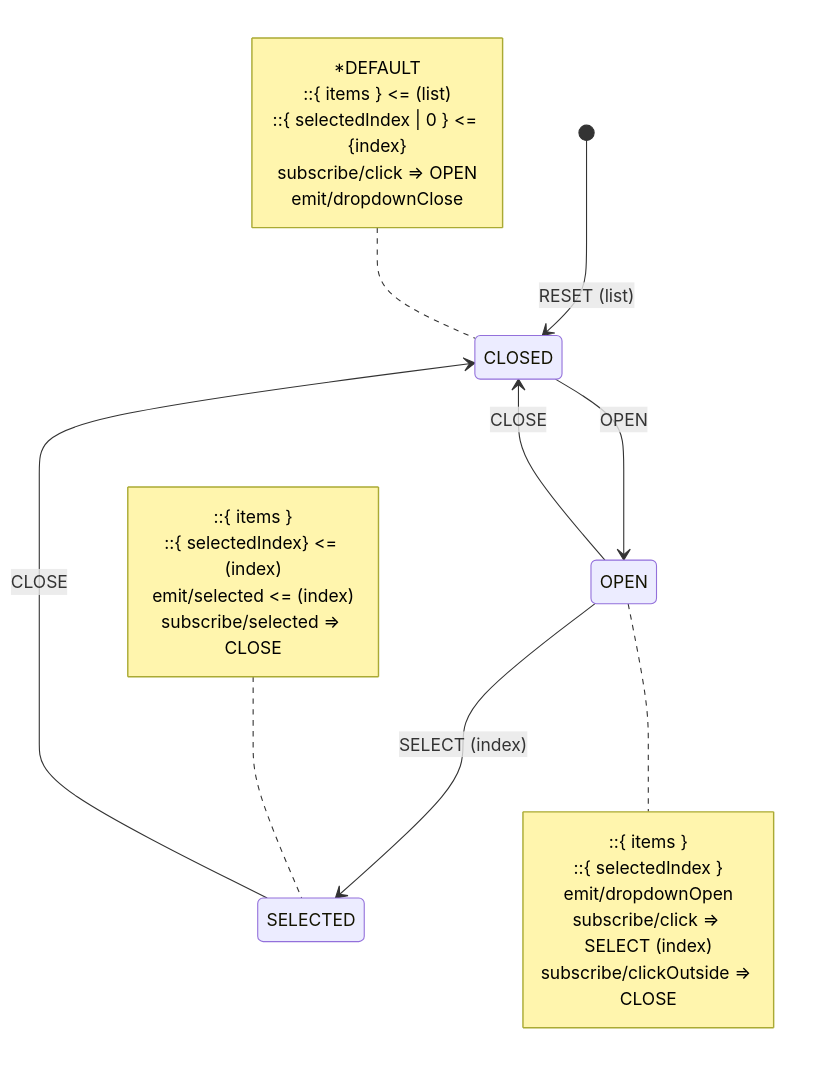
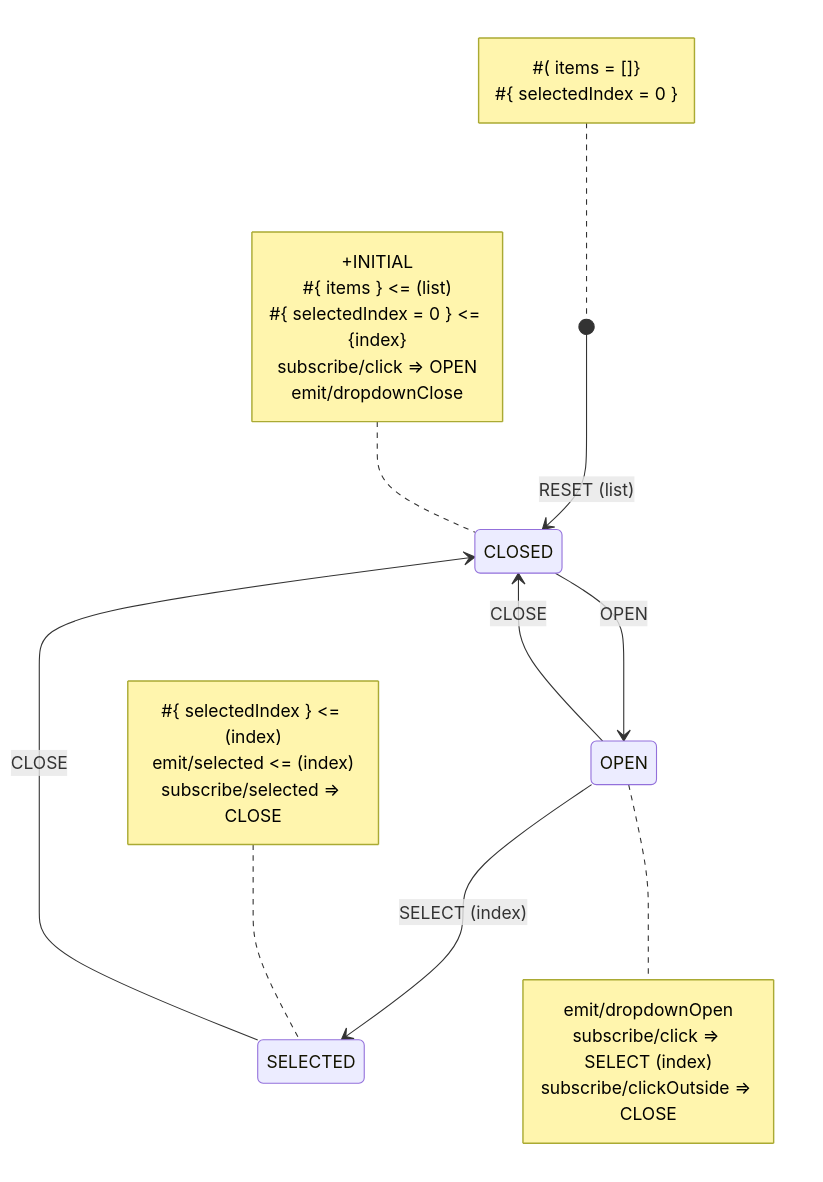
One commit to tfcp68/yantrix changed the third of 3 diagrams in README.md. Above: the diagram before and after it, drawn with Mermaid. The commit also changed other lines of this file, not shown here.

````diff
--- a/README.md
+++ b/README.md
@@ -277,28 +347,29 @@
 ```mermaid
 stateDiagram-v2
-    [*] --> CLOSED: RESET (list)
-    CLOSED --> OPEN: OPEN
-    OPEN --> CLOSED: CLOSE
-    OPEN --> SELECTED: SELECT (index)
-    SELECTED --> CLOSED: CLOSE
-    note left of CLOSED
-    *DEFAULT
-    ::{ items } <= (list)
-    ::{ selectedIndex | 0 } <= {index}
-    subscribe/click => OPEN
-    emit/dropdownClose
-    end note
-    note left of SELECTED
-    ::{ items }
-    ::{ selectedIndex} <= (index)
-    emit/selected <= (index)
-    subscribe/selected => CLOSE
-    end note
-    note right of OPEN
-    ::{ items }
-    ::{ selectedIndex }
-    emit/dropdownOpen
-    subscribe/click => SELECT (index)
-    subscribe/clickOutside => CLOSE
-    end note
+	[*] --> CLOSED: RESET (list)
+note left of [*]
+#( items = []}
+#{ selectedIndex = 0 }
+end note
+CLOSED --> OPEN: OPEN
+OPEN --> CLOSED: CLOSE
+OPEN --> SELECTED: SELECT (index)
+SELECTED --> CLOSED: CLOSE
+note left of CLOSED
++INITIAL
+#{ items } <= (list)
+#{ selectedIndex = 0 } <= {index}
+subscribe/click => OPEN
+emit/dropdownClose
+end note
+note left of SELECTED
+#{ selectedIndex } <= (index)
+emit/selected <= (index)
+subscribe/selected => CLOSE
+end note
+note right of OPEN
+emit/dropdownOpen
+subscribe/click => SELECT (index)
+subscribe/clickOutside => CLOSE
+end note
 ```
````
